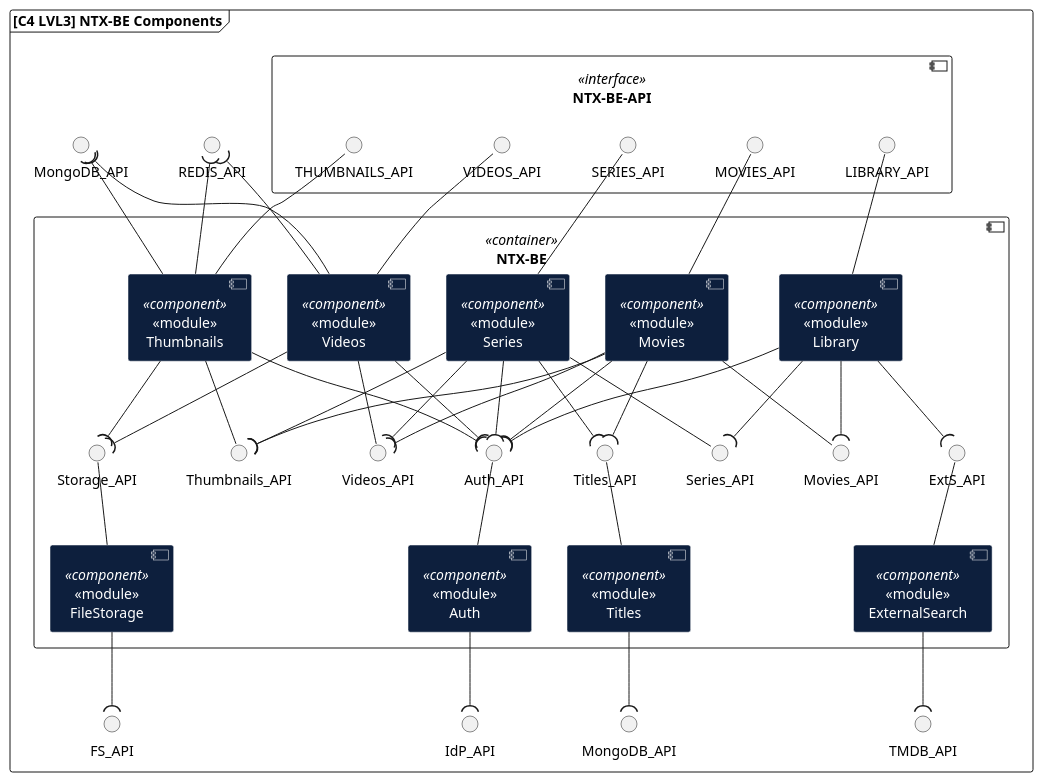
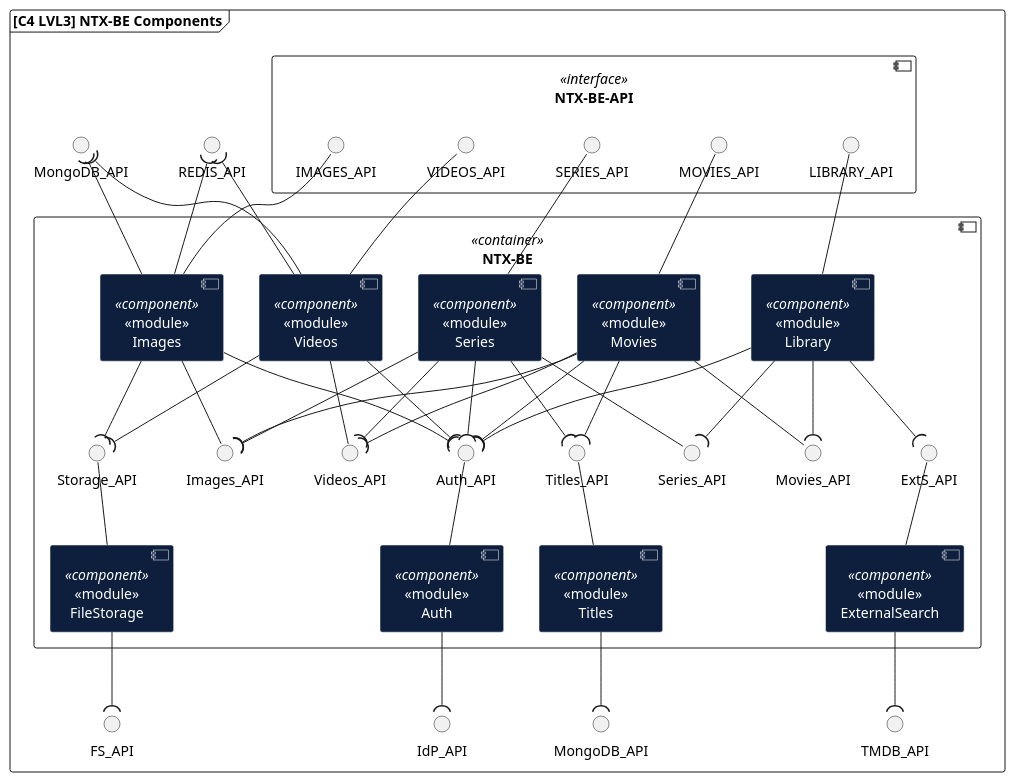
One commit to winqus/NETIX changed the diagram in ntx-docs/C4-model/LogicView/LVL3_NTX-BE.puml. Above: the diagram before and after it, drawn with PlantUML. The commit also changed 72 other files, not shown here.

```diff
--- a/ntx-docs/C4-model/LogicView/LVL3_NTX-BE.puml
+++ b/ntx-docs/C4-model/LogicView/LVL3_NTX-BE.puml
@@ -1,89 +1,89 @@
 @startuml NETIX_LVL3_NTX-BE
 
 skinparam FrameBackgroundColor white
 
 frame "[C4 LVL3] NTX-BE Components" {
     skinparam {
         componentBackgroundColor<<component>> #0D1F3D
         componentFontColor<<component>> #FFFFFF
         componentBorderColor<<component>> #FFFFFF
         databaseBackgroundColor<<component>> #0D1F3D
         databaseFontColor<<component>> #FFFFFF
         databaseBorderColor<<component>> #FFFFFF
         defaultTextAlignment<<component>> center
     }
     component "NTX-BE-API" <<interface>> {
-        interface THUMBNAILS_API
+        interface IMAGES_API
         interface VIDEOS_API
         interface MOVIES_API
         interface LIBRARY_API
         interface SERIES_API
     }
     interface IdP_API
     interface FS_API
     interface REDIS_API
     interface TMDB_API
     interface MongoDB_API
     interface "MongoDB_API" as MongoDB_API_2
 
     component [NTX-BE] <<container>> {
         component "<<module>>\nMovies" <<component>> as Movies
         component "<<module>>\nLibrary" <<component>> as Library
         component "<<module>>\nSeries" <<component>> as Series
-        component "<<module>>\nThumbnails" <<component>> as Thumbnails
+        component "<<module>>\nImages" <<component>> as Images
         component "<<module>>\nVideos" <<component>> as Videos
         component "<<module>>\nFileStorage" <<component>> as FileStorage
         component "<<module>>\nExternalSearch" <<component>> as ExternalSearch
         component "<<module>>\nTitles" <<component>> as Titles
         component "<<module>>\nAuth" <<component>> as Auth
 
         Auth -down-( IdP_API
         Auth -up- Auth_API
 
         FileStorage --( FS_API
         FileStorage -up- Storage_API
 
         Videos -down-( Auth_API
         Videos -up-( MongoDB_API
         Videos -up-( REDIS_API
         Videos --( Storage_API
         Videos -- Videos_API
         Videos -up- VIDEOS_API
 
-        Thumbnails -down-( Auth_API
-        Thumbnails -up-( MongoDB_API
-        Thumbnails -up-( REDIS_API
-        Thumbnails --( Storage_API
-        Thumbnails -- Thumbnails_API
-        Thumbnails -up- THUMBNAILS_API
+        Images -down-( Auth_API
+        Images -up-( MongoDB_API
+        Images -up-( REDIS_API
+        Images --( Storage_API
+        Images -- Images_API
+        Images -up- IMAGES_API
 
         Titles --( MongoDB_API_2
         Titles -up- Titles_API
 
         Movies -down-( Auth_API
         Movies -down-( Titles_API
         Movies --( Videos_API
-        Movies --( Thumbnails_API
+        Movies --( Images_API
         Movies -- Movies_API
         Movies -up- MOVIES_API
 
         Library -down-( Auth_API
         Library -down-( ExtS_API
         Library --( Series_API
         Library --( Movies_API
         Library -up- LIBRARY_API
 
         Series -down-( Auth_API
         Series -down-( Titles_API
         Series --( Videos_API
-        Series --( Thumbnails_API
+        Series --( Images_API
         Series -- Series_API
         Series -up- SERIES_API
 
 
 
         ExternalSearch --( TMDB_API
         ExternalSearch -up- ExtS_API
     }
 }
 @enduml
```
